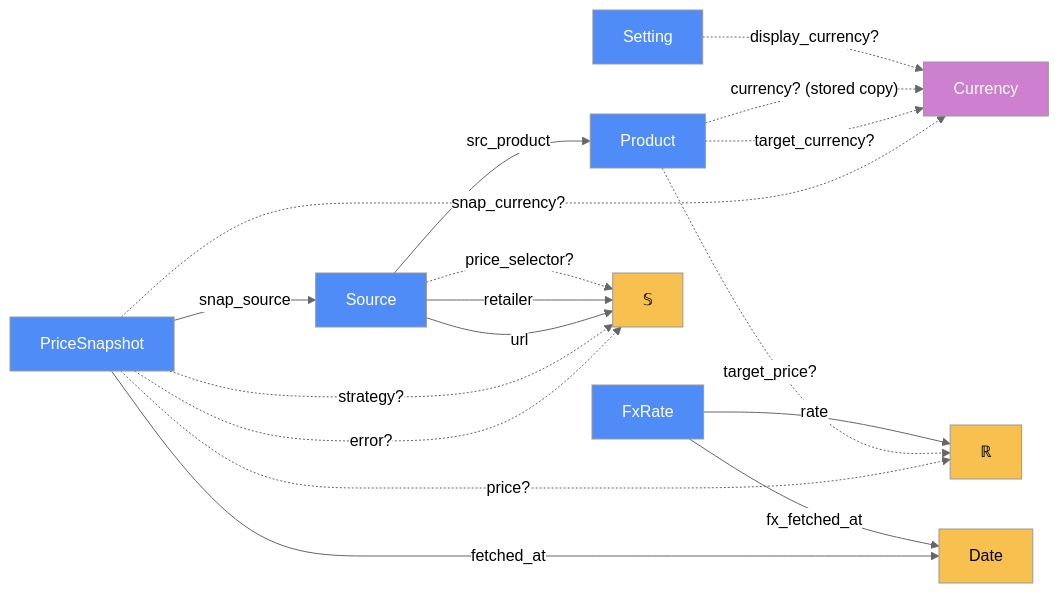
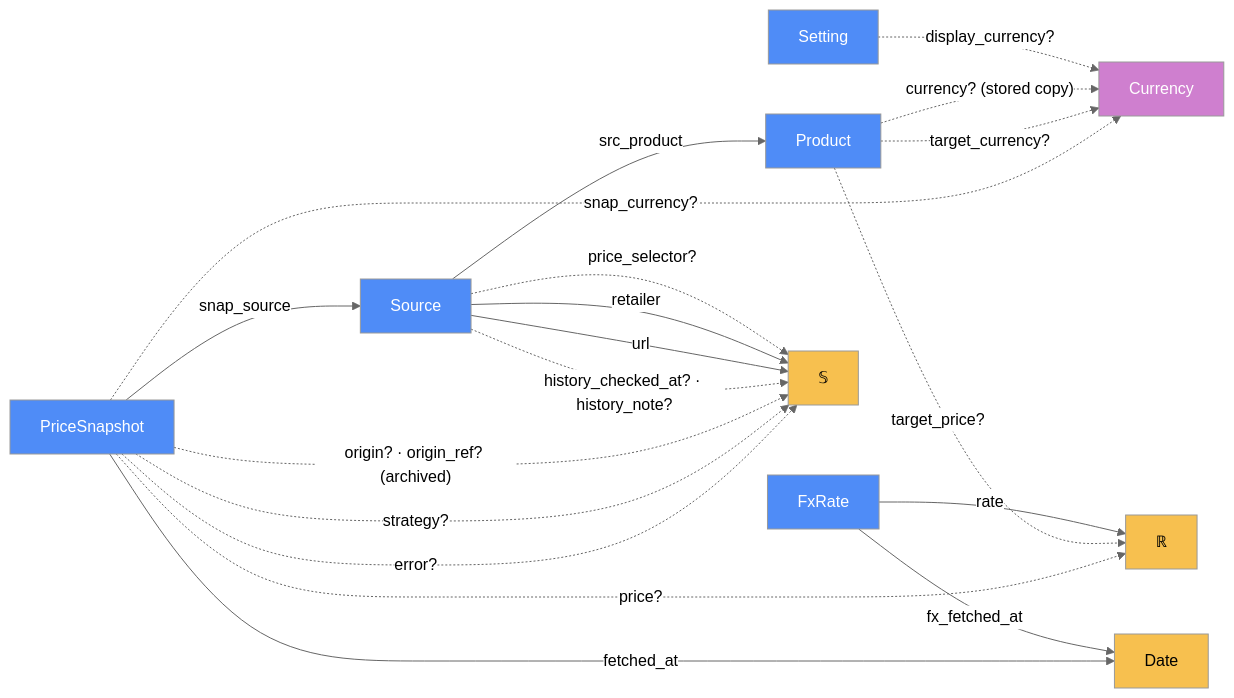
One commit to Justin-Red-Alpha/VibeCoding-Project changed the diagram in docs/storage/ARCHITECTURE.md. Above: the diagram before and after it, drawn with Mermaid (neutral theme). The commit also changed other lines of this file and 37 other files, not shown here.

````diff
--- a/docs/storage/ARCHITECTURE.md
+++ b/docs/storage/ARCHITECTURE.md
@@ -19,37 +19,39 @@
 ```mermaid
 graph LR
     P["Product"]
     S["Source"]
     N["PriceSnapshot"]
     St["Setting"]
     F["FxRate"]
     R["ℝ"]
     C["Currency"]
     T["𝕊"]
     D["Date"]
     S -->|"src_product"| P
     N -->|"snap_source"| S
     N -->|"fetched_at"| D
     N -.->|"price?"| R
     N -.->|"snap_currency?"| C
     N -.->|"error?"| T
     N -.->|"strategy?"| T
+    N -.->|"origin? · origin_ref? (archived)"| T
+    S -.->|"history_checked_at? · history_note?"| T
     P -.->|"target_price?"| R
     P -.->|"target_currency?"| C
     P -.->|"currency? (stored copy)"| C
     S -->|"url"| T
     S -->|"retailer"| T
     S -.->|"price_selector?"| T
     St -.->|"display_currency?"| C
     F -->|"rate"| R
     F -->|"fx_fetched_at"| D
     style P fill:#4f8cf7,color:#fff
     style S fill:#4f8cf7,color:#fff
     style N fill:#4f8cf7,color:#fff
     style St fill:#4f8cf7,color:#fff
     style F fill:#4f8cf7,color:#fff
     style R fill:#f7c04f,color:#000
     style C fill:#cf7fcf,color:#fff
     style T fill:#f7c04f,color:#000
     style D fill:#f7c04f,color:#000
 ```
````
